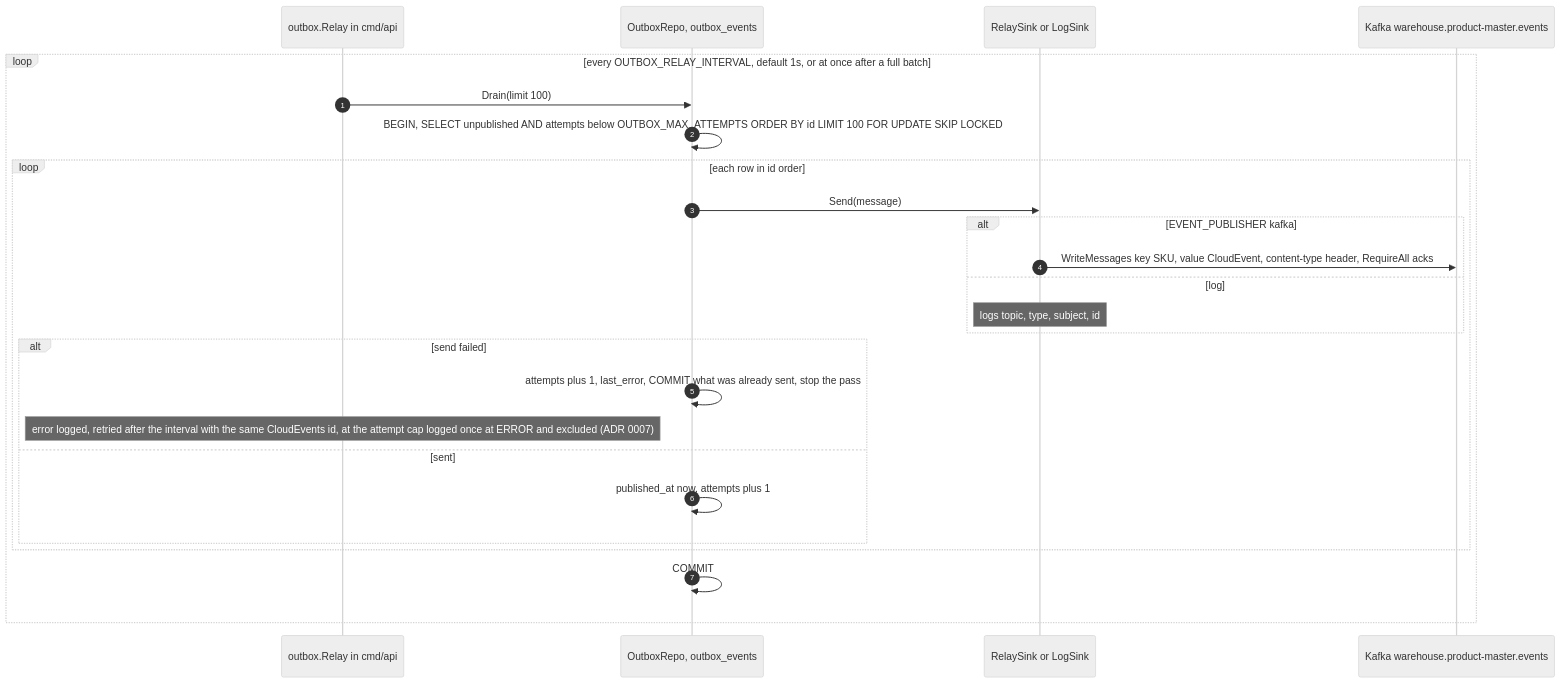
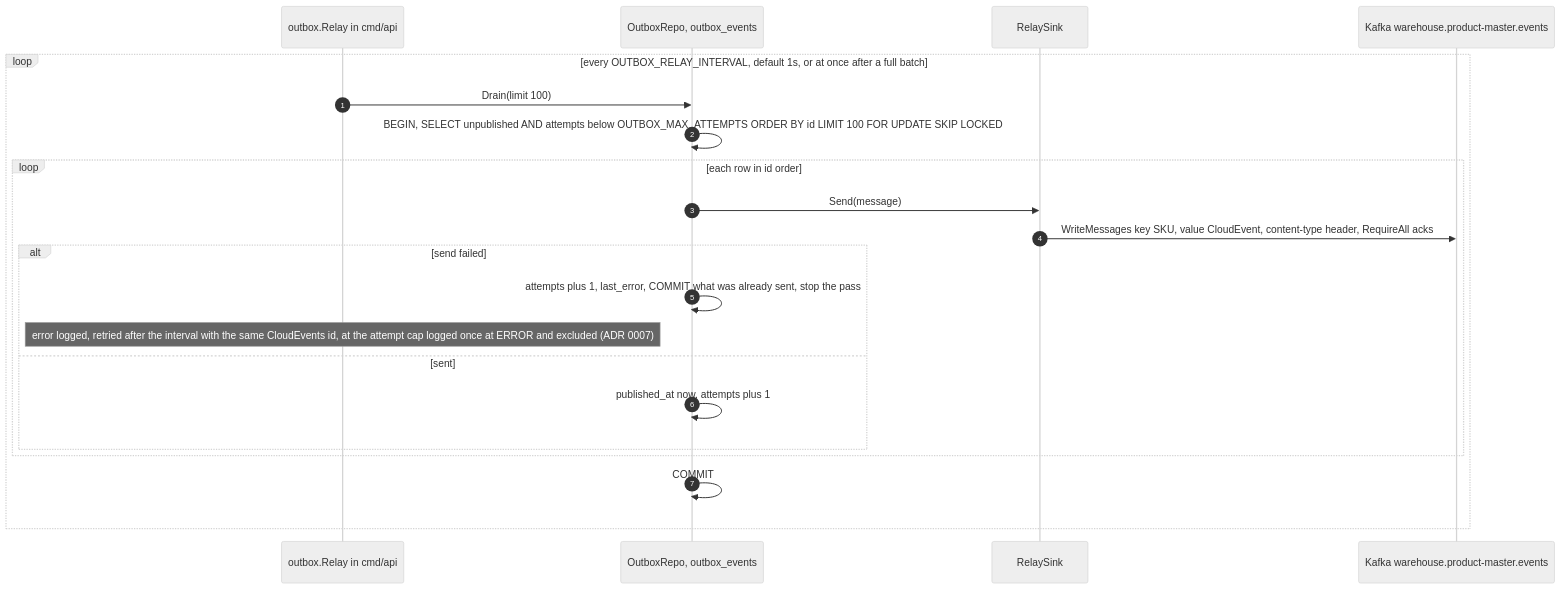
One commit to IQVO/product-master changed the fifth of 5 diagrams in docs/docs/ddd/sequence-diagrams.md. Above: the diagram before and after it, drawn with Mermaid (neutral theme). The commit also changed other lines of this file and 16 other files, not shown here.

First line of the commit message:
docs: sweep every in-memory, log-sink and optional-Kafka statement; drop the dead LogSink

````diff
--- a/docs/docs/ddd/sequence-diagrams.md
+++ b/docs/docs/ddd/sequence-diagrams.md
@@ -231,27 +231,23 @@
 ```mermaid
 sequenceDiagram
   autonumber
   participant Rel as outbox.Relay in cmd/api
   participant DB as OutboxRepo, outbox_events
-  participant S as RelaySink or LogSink
+  participant S as RelaySink
   participant K as Kafka warehouse.product-master.events
   loop every OUTBOX_RELAY_INTERVAL, default 1s, or at once after a full batch
     Rel->>DB: Drain(limit 100)
     DB->>DB: BEGIN, SELECT unpublished AND attempts below OUTBOX_MAX_ATTEMPTS ORDER BY id LIMIT 100 FOR UPDATE SKIP LOCKED
     loop each row in id order
       DB->>S: Send(message)
-      alt EVENT_PUBLISHER kafka
-        S->>K: WriteMessages key SKU, value CloudEvent, content-type header, RequireAll acks
-      else log
-        Note over S: logs topic, type, subject, id
-      end
+      S->>K: WriteMessages key SKU, value CloudEvent, content-type header, RequireAll acks
       alt send failed
         DB->>DB: attempts plus 1, last_error, COMMIT what was already sent, stop the pass
         Note over Rel: error logged, retried after the interval with the same CloudEvents id, at the attempt cap logged once at ERROR and excluded (ADR 0007)
       else sent
         DB->>DB: published_at now, attempts plus 1
       end
     end
     DB->>DB: COMMIT
   end
 ```
````
